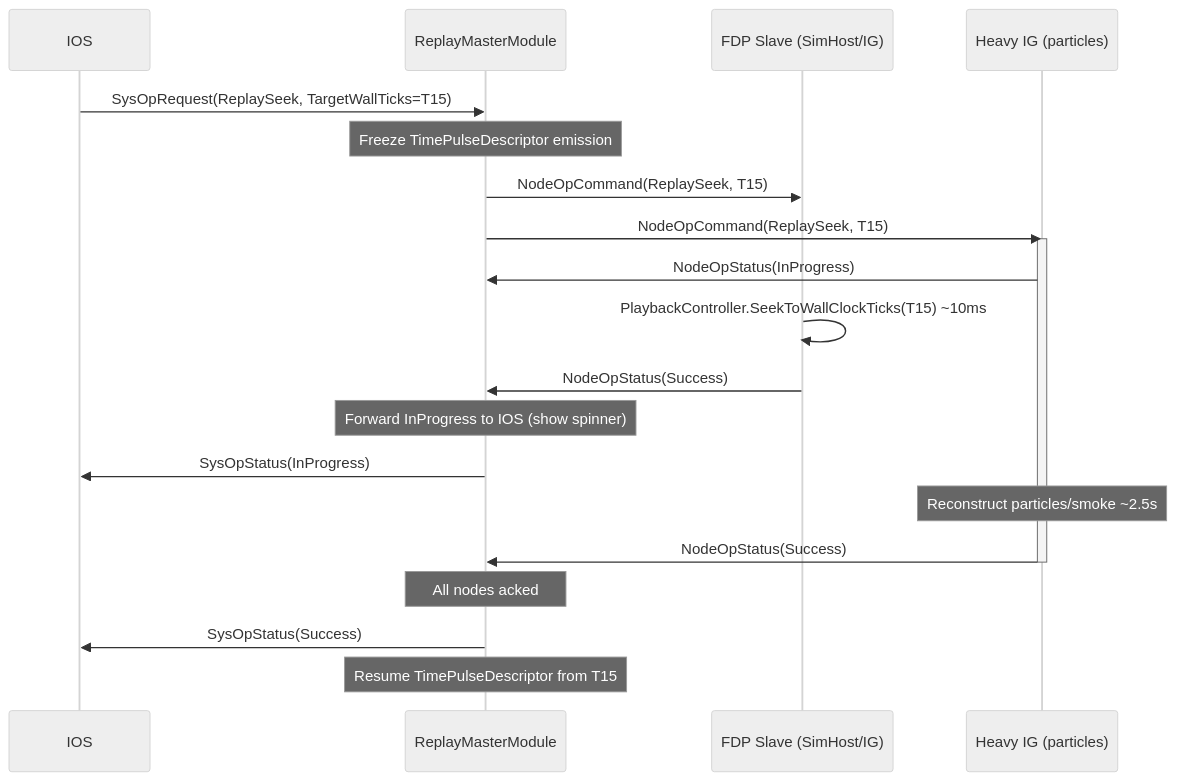
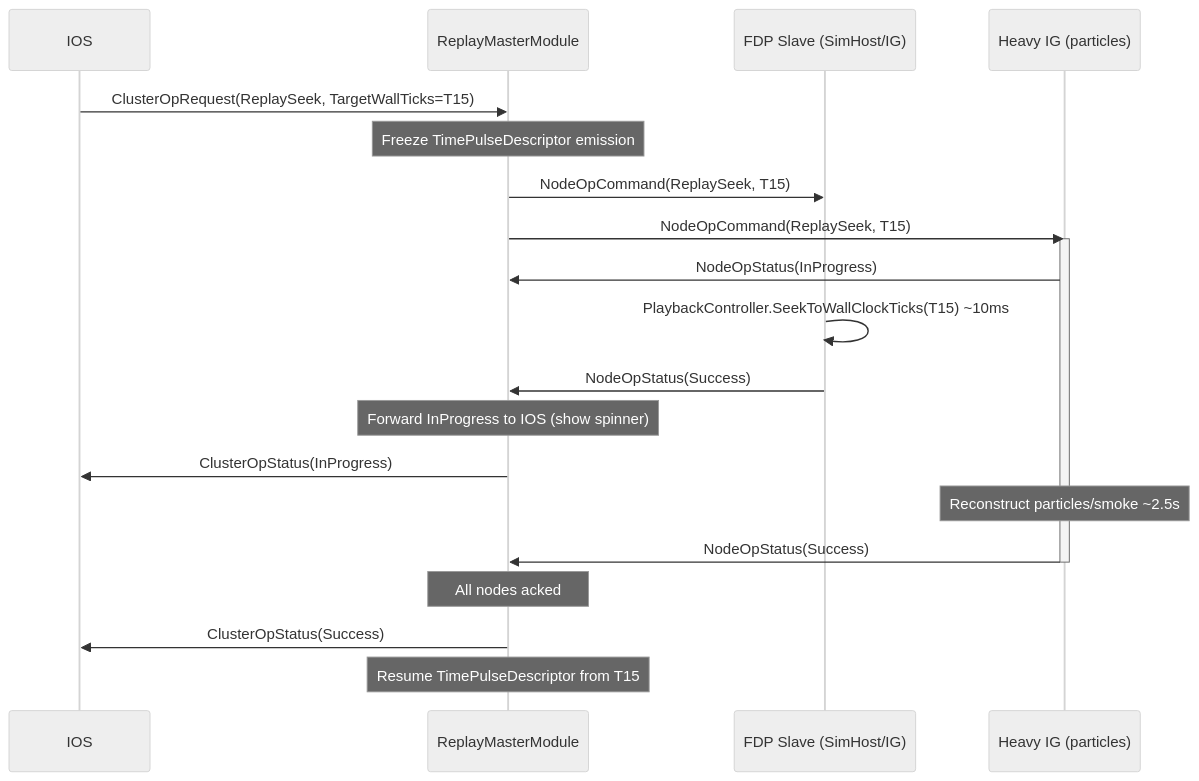
Before and after one commit to pjanec/HROT: the third of 11 diagrams in .dev/cgf-1/mgmt-DESIGN.md, drawn with Mermaid (neutral theme). The commit also changed other lines of this file and 1539 other files, not shown here.

````diff
--- a/.dev/cgf-1/mgmt-DESIGN.md
+++ b/.dev/cgf-1/mgmt-DESIGN.md
@@ -1512,27 +1512,27 @@
 ```mermaid
 sequenceDiagram
     participant IOS
     participant Master as ReplayMasterModule
     participant FDPSlave as FDP Slave (SimHost/IG)
     participant HeavySlave as Heavy IG (particles)
 
-    IOS->>Master: SysOpRequest(ReplaySeek, TargetWallTicks=T15)
+    IOS->>Master: ClusterOpRequest(ReplaySeek, TargetWallTicks=T15)
     Note over Master: Freeze TimePulseDescriptor emission
     Master->>FDPSlave: NodeOpCommand(ReplaySeek, T15)
     Master->>HeavySlave: NodeOpCommand(ReplaySeek, T15)
 
     activate HeavySlave
     HeavySlave->>Master: NodeOpStatus(InProgress)
     FDPSlave->>FDPSlave: PlaybackController.SeekToWallClockTicks(T15) ~10ms
     FDPSlave->>Master: NodeOpStatus(Success)
     Note over Master: Forward InProgress to IOS (show spinner)
-    Master->>IOS: SysOpStatus(InProgress)
+    Master->>IOS: ClusterOpStatus(InProgress)
 
     Note over HeavySlave: Reconstruct particles/smoke ~2.5s
     HeavySlave->>Master: NodeOpStatus(Success)
     deactivate HeavySlave
 
     Note over Master: All nodes acked
-    Master->>IOS: SysOpStatus(Success)
+    Master->>IOS: ClusterOpStatus(Success)
     Note over Master: Resume TimePulseDescriptor from T15
 ```
````
